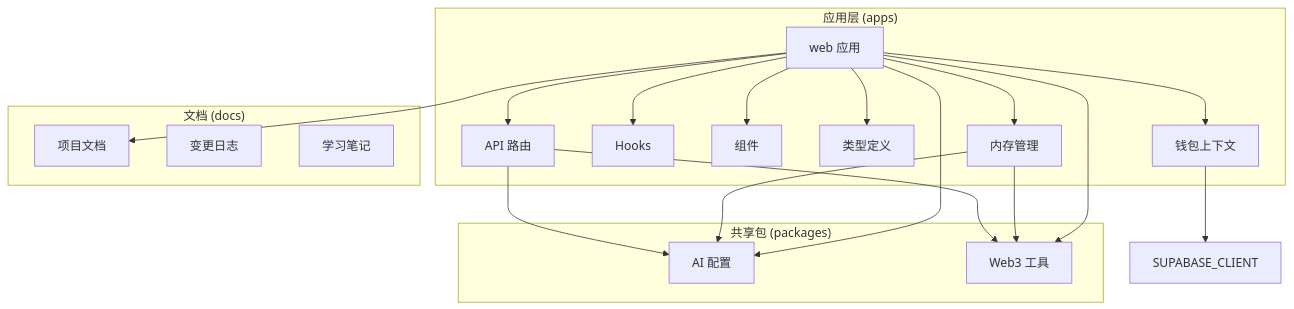
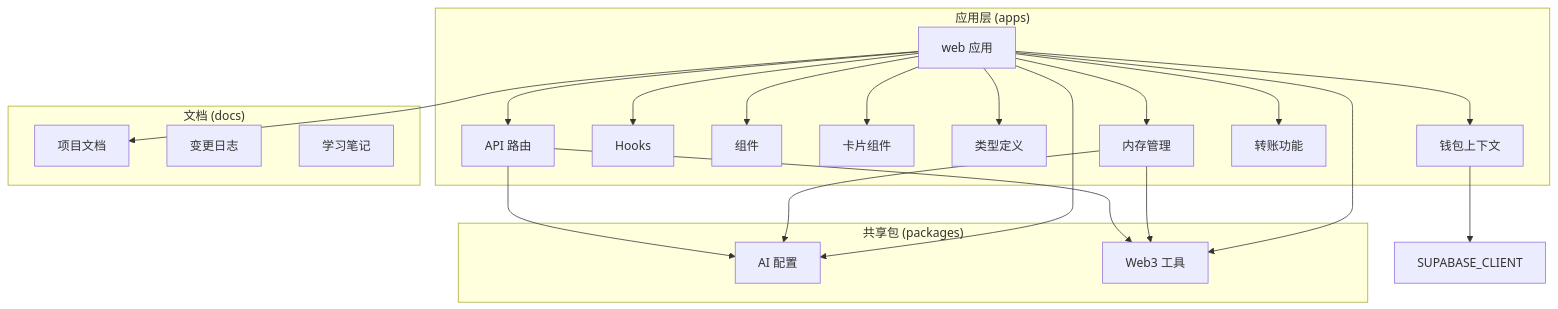
Before and after one commit to CryptoLinxu/Web3-AI-Agent: the first of 35 diagrams in .qoder/repowiki/zh/content/核心技能详解/SSE流式聊天系统.md, drawn with Mermaid. The commit also changed other lines of this file and 7 other files, not shown here.

````diff
--- a/.qoder/repowiki/zh/content/核心技能详解/SSE流式聊天系统.md
+++ b/.qoder/repowiki/zh/content/核心技能详解/SSE流式聊天系统.md
@@ -75,35 +88,39 @@
 ```mermaid
 graph TB
 subgraph "应用层 (apps)"
 WEB[web 应用]
 WEB_API[API 路由]
 WEB_HOOKS[Hooks]
 WEB_COMPONENTS[组件]
+WEB_CARDS[卡片组件]
 WEB_TYPES[类型定义]
 WEB_MEMORY[内存管理]
 WEB_WALLET[钱包上下文]
+WEB_TRANSFERS[转账功能]
 end
 subgraph "共享包 (packages)"
 AI_CONFIG[AI 配置]
 WEB3_TOOLS[Web3 工具]
 end
 subgraph "文档 (docs)"
 DOCS[项目文档]
 CHANGELOG[变更日志]
 LEARNING[学习笔记]
 end
 WEB --> WEB_API
 WEB --> WEB_HOOKS
 WEB --> WEB_COMPONENTS
+WEB --> WEB_CARDS
 WEB --> WEB_TYPES
 WEB --> WEB_MEMORY
 WEB --> WEB_WALLET
+WEB --> WEB_TRANSFERS
 WEB_API --> AI_CONFIG
 WEB_API --> WEB3_TOOLS
 WEB_MEMORY --> AI_CONFIG
 WEB_MEMORY --> WEB3_TOOLS
 WEB_WALLET --> SUPABASE_CLIENT
 WEB --> AI_CONFIG
 WEB --> WEB3_TOOLS
 WEB --> DOCS
 ```
````
